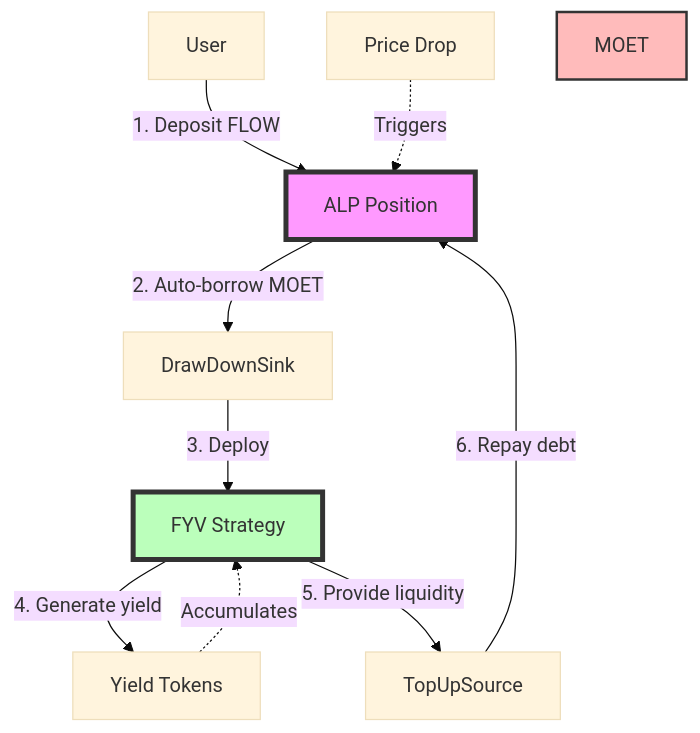
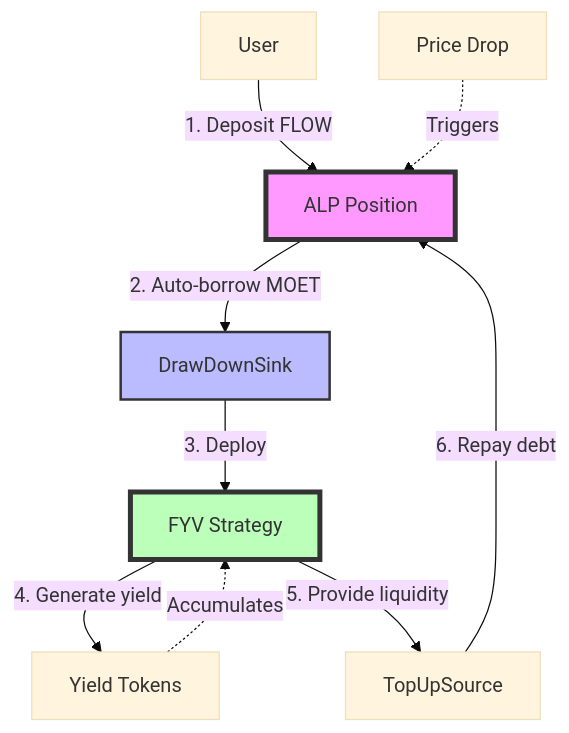
One commit to onflow/docs changed the third of 3 diagrams in docs/defi/fcm/basics.md. Above: the diagram before and after it, drawn with Mermaid (base theme). The commit also changed other lines of this file and 1 other file, not shown here.

````diff
--- a/docs/defi/fcm/basics.md
+++ b/docs/defi/fcm/basics.md
@@ -63,17 +70,17 @@
 ```mermaid
 graph TB
     User[User] -->|1. Deposit FLOW| ALP[ALP Position]
     ALP -->|2. Auto-borrow MOET| DrawDown[DrawDownSink]
     DrawDown -->|3. Deploy| FYV[FYV Strategy]
     FYV -->|4. Generate yield| Yield[Yield Tokens]
 
     Price[Price Drop] -.->|Triggers| ALP
     FYV -->|5. Provide liquidity| TopUp[TopUpSource]
     TopUp -->|6. Repay debt| ALP
 
     Yield -.->|Accumulates| FYV
 
     style ALP fill:#f9f,stroke:#333,stroke-width:4px
     style FYV fill:#bfb,stroke:#333,stroke-width:4px
-    style MOET fill:#fbb,stroke:#333,stroke-width:2px
+    style DrawDown fill:#bbf,stroke:#333,stroke-width:2px
 ```
````
